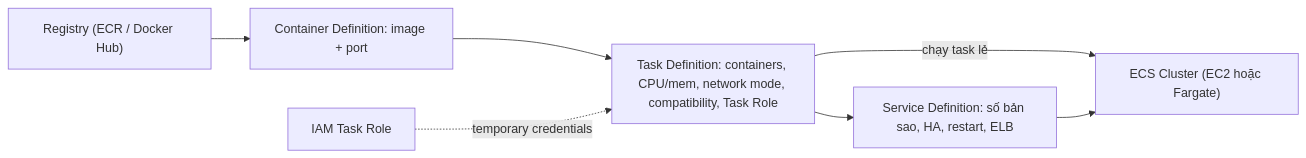
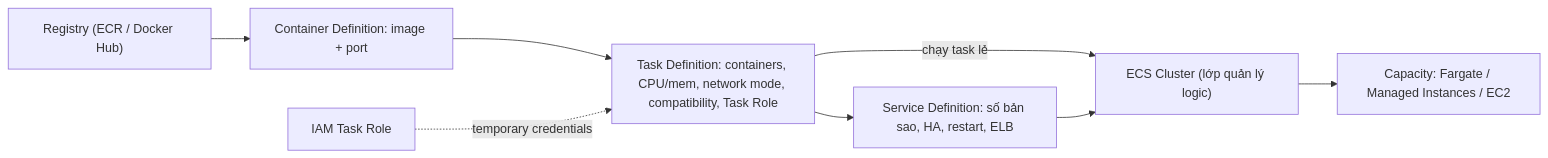
The diagram in data/08 Containers/ECS.md (hairbui76/aws-saa-c03), drawn with Mermaid before and after one commit. The commit also changed other lines of this file and 44 other files, not shown here.

````diff
--- a/data/08 Containers/ECS.md
+++ b/data/08 Containers/ECS.md
@@ -50,9 +57,10 @@
 ```mermaid
 flowchart LR
   REG["Registry (ECR / Docker Hub)"] --> CD["Container Definition: image + port"]
   CD --> TD["Task Definition: containers, CPU/mem, network mode, compatibility, Task Role"]
   TD --> SD["Service Definition: số bản sao, HA, restart, ELB"]
-  TD -->|"chạy task lẻ"| CL["ECS Cluster (EC2 hoặc Fargate)"]
+  TD -->|"chạy task lẻ"| CL["ECS Cluster (lớp quản lý logic)"]
   SD --> CL
+  CL --> CAP["Capacity: Fargate / Managed Instances / EC2"]
   ROLE["IAM Task Role"] -.->|"temporary credentials"| TD
 ```
````
